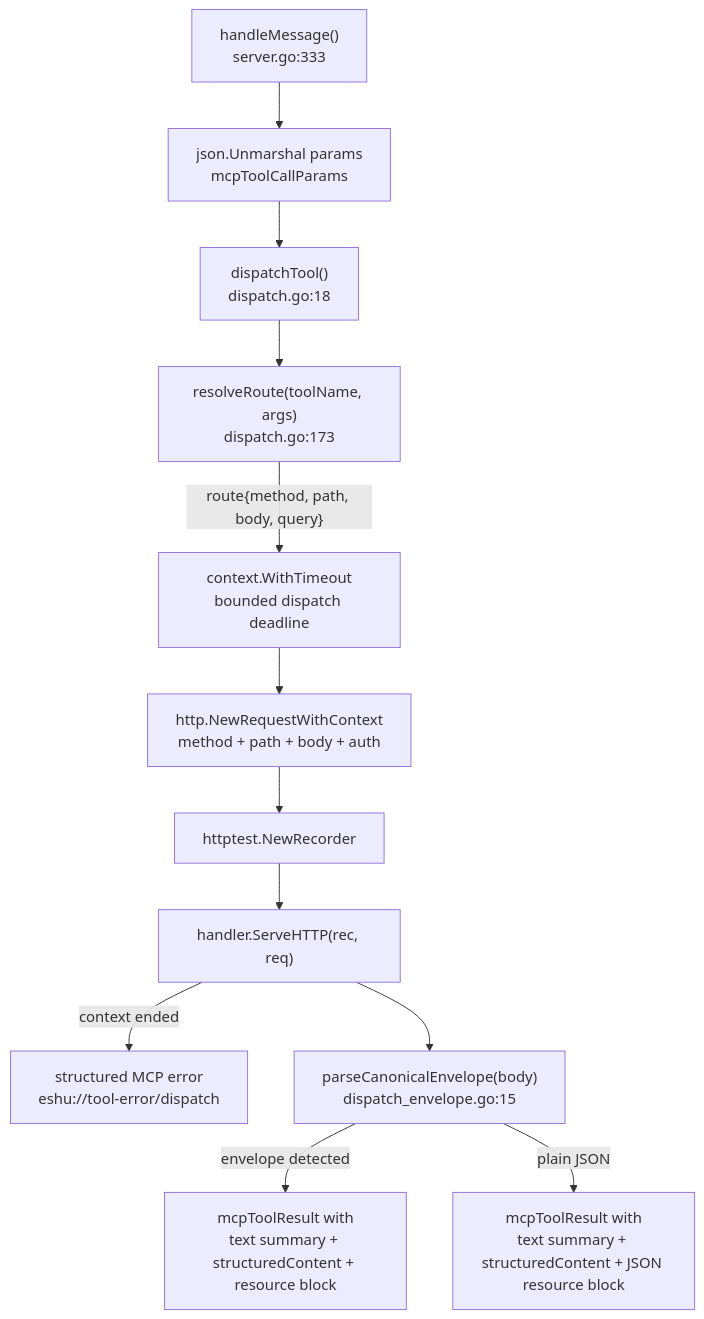
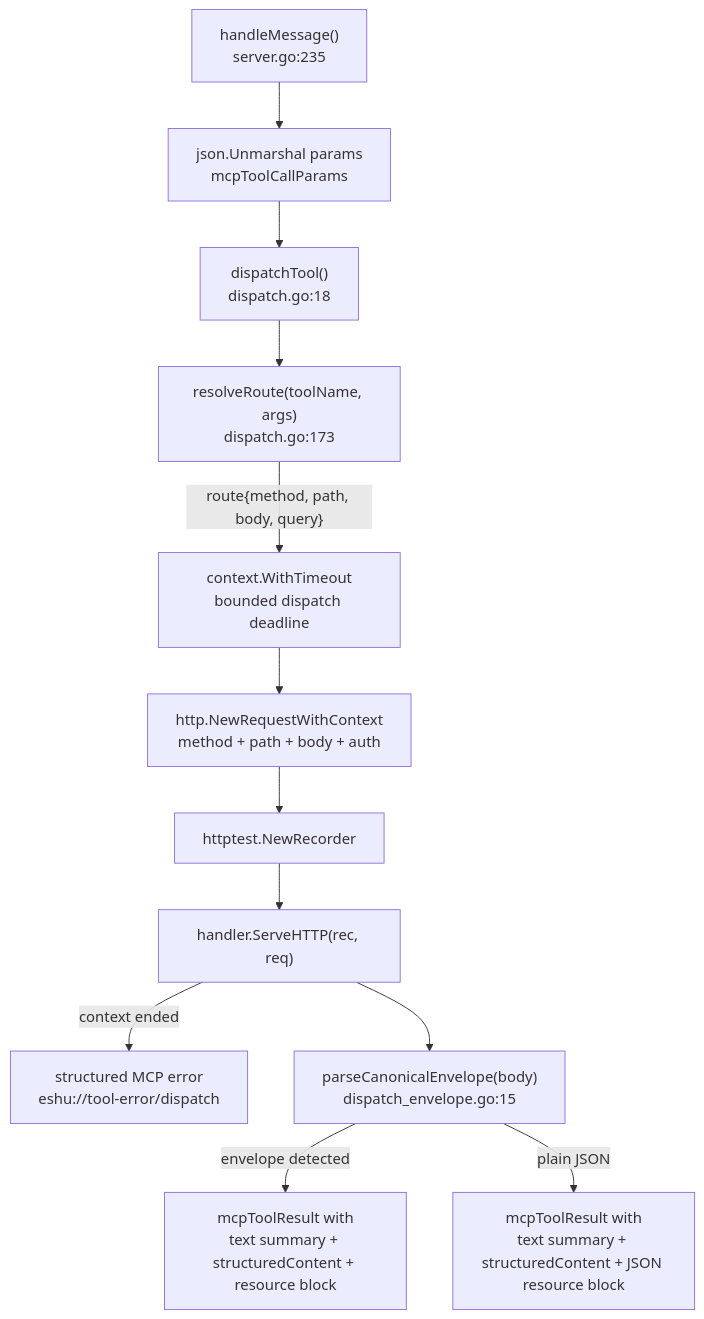
Before and after one commit to eshu-hq/eshu: the second of 2 diagrams in go/internal/mcp/README.md, drawn with Mermaid. The commit also changed other lines of this file and 38 other files, not shown here.

````diff
--- a/go/internal/mcp/README.md
+++ b/go/internal/mcp/README.md
@@ -49,27 +49,27 @@
 ```mermaid
 flowchart TB
-    hm["handleMessage()\nserver.go:333"]
+    hm["handleMessage()\nserver.go:235"]
     parse["json.Unmarshal params\nmcpToolCallParams"]
     dt["dispatchTool()\ndispatch.go:18"]
     rr["resolveRoute(toolName, args)\ndispatch.go:173"]
     deadline["context.WithTimeout\nbounded dispatch deadline"]
     req["http.NewRequestWithContext\nmethod + path + body + auth"]
     rec["httptest.NewRecorder"]
     serve["handler.ServeHTTP(rec, req)"]
     timeout["structured MCP error\neshu://tool-error/dispatch"]
     pce["parseCanonicalEnvelope(body)\ndispatch_envelope.go:15"]
     envelope["mcpToolResult with\ntext summary + structuredContent + resource block"]
     plain["mcpToolResult with\ntext summary + structuredContent + JSON resource block"]
 
     hm --> parse
     parse --> dt
     dt --> rr
     rr -->|"route{method, path, body, query}"| deadline
     deadline --> req
     req --> rec
     rec --> serve
     serve -->|"context ended"| timeout
     serve --> pce
     pce -->|"envelope detected"| envelope
     pce -->|"plain JSON"| plain
 ```
````
